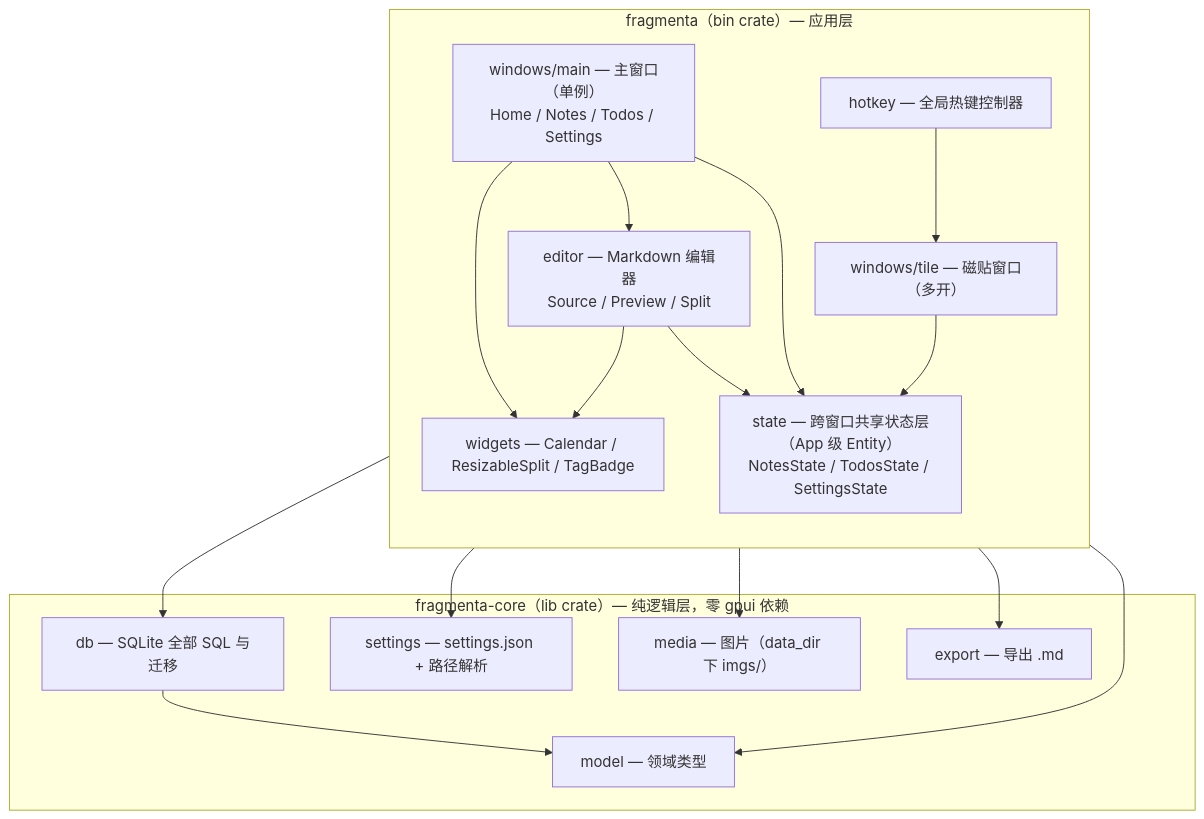
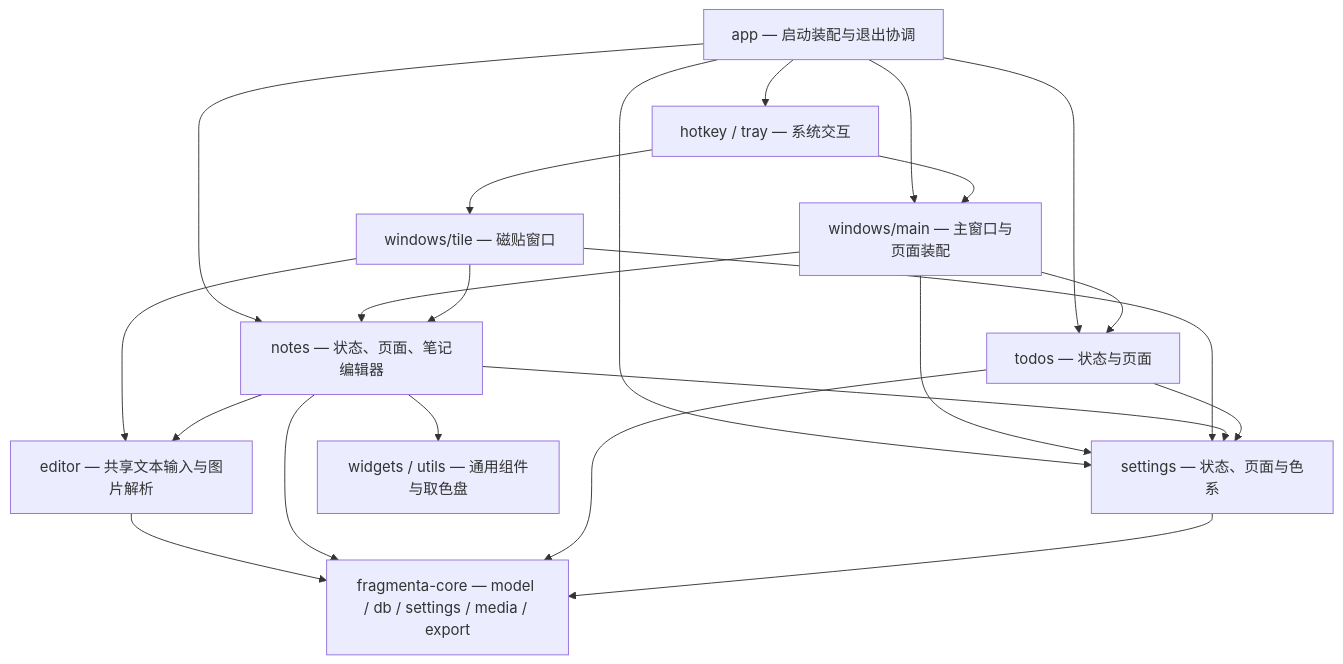
The first of 2 diagrams in docs/architecture/architecture.md (anewdo/Fragmenta), drawn with Mermaid before and after one commit. The commit also changed other lines of this file, not shown here.

````diff
--- a/docs/architecture/architecture.md
+++ b/docs/architecture/architecture.md
@@ -45,34 +45,34 @@
 ```mermaid
 flowchart TB
-    subgraph app["fragmenta（bin crate）— 应用层"]
-        direction TB
-        MW["windows/main — 主窗口（单例）<br/>Home / Notes / Todos / Settings"]
-        TW["windows/tile — 磁贴窗口（多开）"]
-        ED["editor — Markdown 编辑器<br/>Source / Preview / Split"]
-        WG["widgets — Calendar / ResizableSplit / TagBadge"]
-        HK["hotkey — 全局热键控制器"]
-        ST["state — 跨窗口共享状态层（App 级 Entity）<br/>NotesState / TodosState / SettingsState"]
-    end
-
-    subgraph core["fragmenta-core（lib crate）— 纯逻辑层，零 gpui 依赖"]
-        DB["db — SQLite 全部 SQL 与迁移"]
-        MDL["model — 领域类型"]
-        SET["settings — settings.json + 路径解析"]
-        MED["media — 图片（data_dir 下 imgs/）"]
-        EXP["export — 导出 .md"]
-    end
-
+    APP["app — 启动装配与退出协调"]
+    MW["windows/main — 主窗口与页面装配"]
+    TW["windows/tile — 磁贴窗口"]
+    NT["notes — 状态、页面、笔记编辑器"]
+    TD["todos — 状态与页面"]
+    ST["settings — 状态、页面与色系"]
+    ED["editor — 共享文本输入与图片解析"]
+    WG["widgets / utils — 通用组件与取色盘"]
+    HK["hotkey / tray — 系统交互"]
+    CORE["fragmenta-core — model / db / settings / media / export"]
+    APP --> MW
+    APP --> HK
+    APP --> NT
+    APP --> TD
+    APP --> ST
+    MW --> NT
+    MW --> TD
     MW --> ST
+    TW --> NT
     TW --> ST
-    ED --> ST
-    MW --> ED
-    ED --> WG
-    MW --> WG
+    TW --> ED
+    NT --> ED
+    NT --> WG
+    NT --> ST
+    TD --> ST
+    ED --> CORE
+    NT --> CORE
+    TD --> CORE
+    ST --> CORE
+    HK --> MW
     HK --> TW
-    ST --> DB
-    ST --> SET
-    ST --> MDL
-    ED --> MED
-    MW --> EXP
-    DB --> MDL
 ```
````
